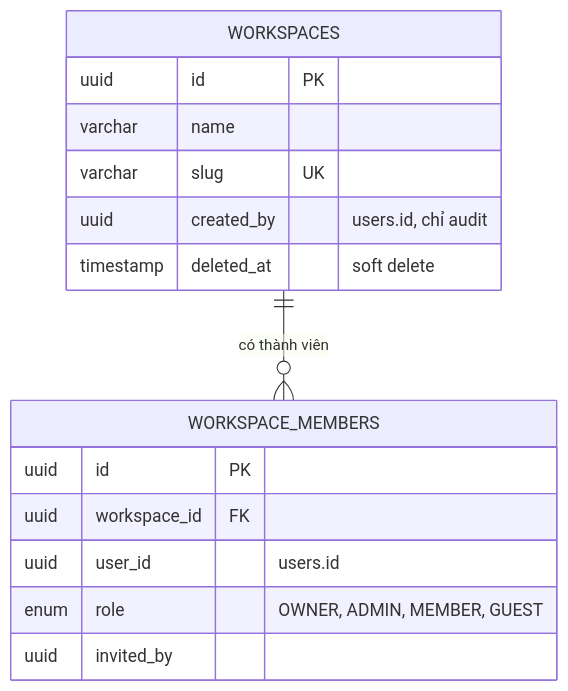
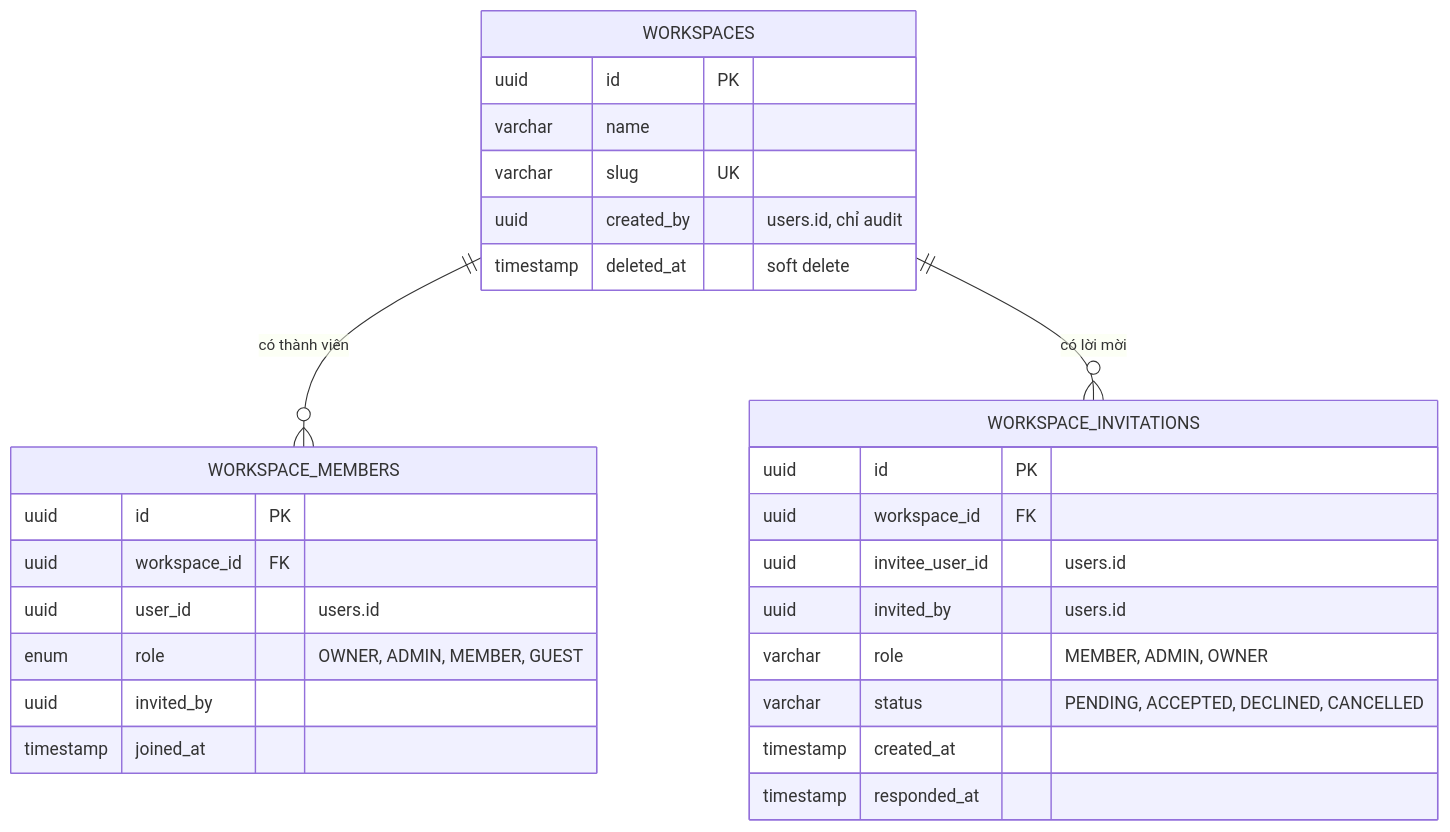
One commit to Hecker-Chuoi/DATN-2026 changed the fourth of 22 diagrams in formal_doc/01_QUAN_HE_THUC_THE.md. Above: the diagram before and after it, drawn with Mermaid. The commit also changed other lines of this file and 60 other files, not shown here.

````diff
--- a/formal_doc/01_QUAN_HE_THUC_THE.md
+++ b/formal_doc/01_QUAN_HE_THUC_THE.md
@@ -116,18 +118,30 @@
 ```mermaid
 erDiagram
     WORKSPACES ||--o{ WORKSPACE_MEMBERS : "có thành viên"
+    WORKSPACES ||--o{ WORKSPACE_INVITATIONS : "có lời mời"
     WORKSPACES {
         uuid id PK
         varchar name
         varchar slug UK
         uuid created_by "users.id, chỉ audit"
         timestamp deleted_at "soft delete"
     }
     WORKSPACE_MEMBERS {
         uuid id PK
         uuid workspace_id FK
         uuid user_id "users.id"
         enum role "OWNER, ADMIN, MEMBER, GUEST"
         uuid invited_by
+        timestamp joined_at
+    }
+    WORKSPACE_INVITATIONS {
+        uuid id PK
+        uuid workspace_id FK
+        uuid invitee_user_id "users.id"
+        uuid invited_by "users.id"
+        varchar role "MEMBER, ADMIN, OWNER"
+        varchar status "PENDING, ACCEPTED, DECLINED, CANCELLED"
+        timestamp created_at
+        timestamp responded_at
     }
 ```
````
